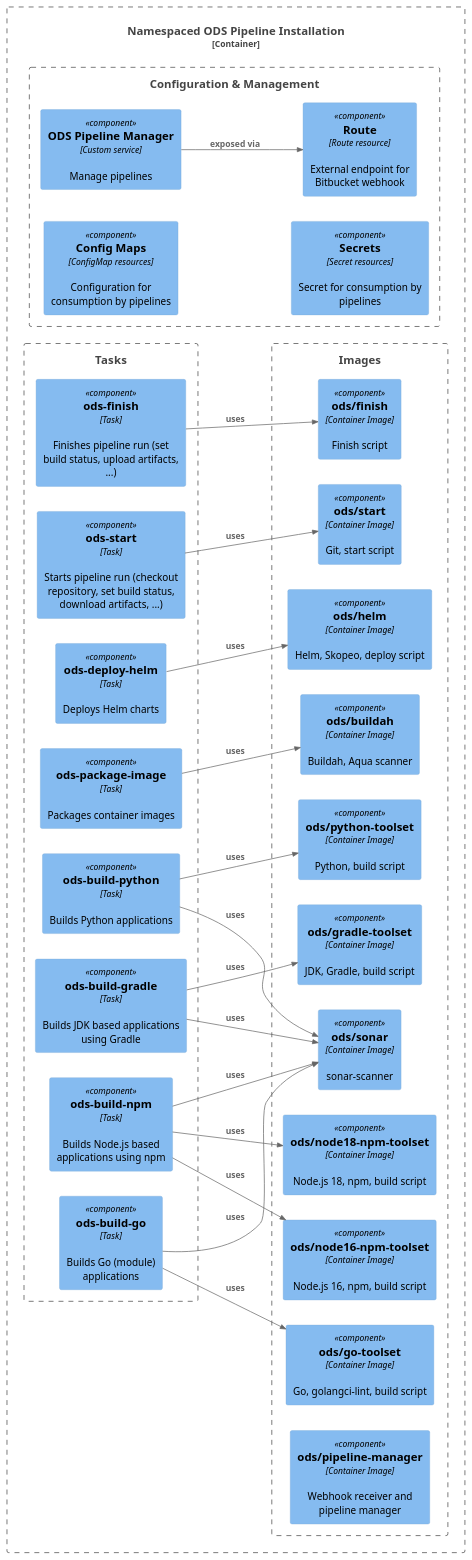
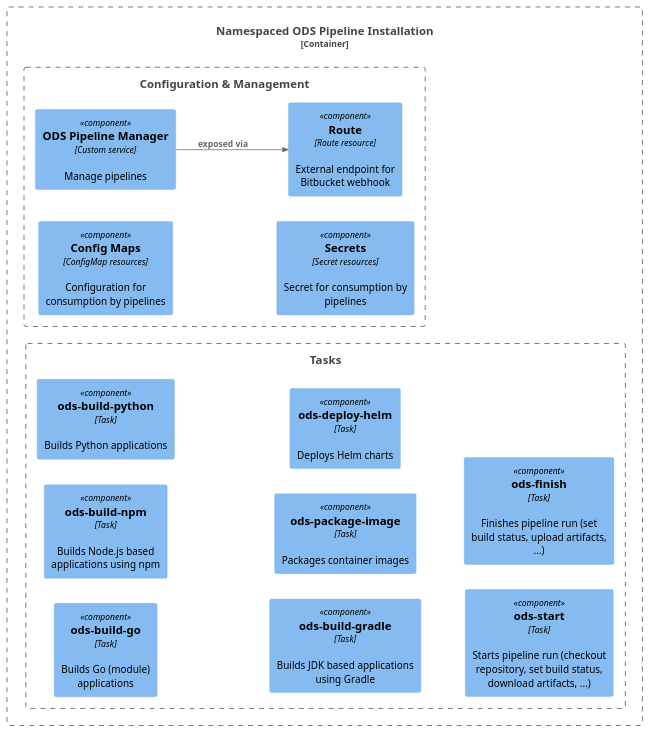
Before and after one commit to opendevstack/ods-pipeline: the diagram in docs/architecture/component-namespaced-installation.puml, drawn with PlantUML.

Commit message:
Update component-namespaced-installation.puml
[ci skip]

```diff
--- a/docs/architecture/component-namespaced-installation.puml
+++ b/docs/architecture/component-namespaced-installation.puml
@@ -1,70 +1,35 @@
 @startuml "namespaced-installation"
 !include https://raw.githubusercontent.com/plantuml-stdlib/C4-PlantUML/master/C4.puml
 !include https://raw.githubusercontent.com/plantuml-stdlib/C4-PlantUML/master/C4_Container.puml
 !include https://raw.githubusercontent.com/plantuml-stdlib/C4-PlantUML/master/C4_Component.puml
 ' uncomment the following line and comment the first to use locally
 ' !include C4_Container.puml
 
 LAYOUT_LEFT_RIGHT()
 
 Container_Boundary(c1, "Namespaced ODS Pipeline Installation"){
     Boundary(config, "Configuration & Management") {
         Component(route, "Route", "Route resource", "External endpoint for Bitbucket webhook")
         Component(ods_pipeline_manager, "ODS Pipeline Manager", "Custom service", "Manage pipelines")
         Component(config_maps, "Config Maps", "ConfigMap resources", "Configuration for consumption by pipelines")
         Component(secrets, "Secrets", "Secret resources", "Secret for consumption by pipelines")
     }
 
     Boundary(tasks, "Tasks") {
         Component(task_build_go, "ods-build-go", "Task", "Builds Go (module) applications")
         Component(task_build_npm, "ods-build-npm", "Task", "Builds Node.js based applications using npm")
         Component(task_build_python, "ods-build-python", "Task", "Builds Python applications")
         Component(task_build_gradle, "ods-build-gradle", "Task", "Builds JDK based applications using Gradle")
         Component(task_package_image, "ods-package-image", "Task", "Packages container images")
         Component(task_deploy_helm, "ods-deploy-helm", "Task", "Deploys Helm charts")
         Component(task_start, "ods-start", "Task", "Starts pipeline run (checkout repository, set build status, download artifacts, ...)")
         Component(task_finish, "ods-finish", "Task", "Finishes pipeline run (set build status, upload artifacts, ...)")
     }
 
-    Boundary(images, "Images") {
-        Component(image_go_toolset, "ods/go-toolset", "Container Image", "Go, golangci-lint, build script")
-        Component(image_node16_npm_toolset, "ods/node16-npm-toolset", "Container Image", "Node.js 16, npm, build script")
-        Component(image_node18_npm_toolset, "ods/node18-npm-toolset", "Container Image", "Node.js 18, npm, build script")
-        Component(image_python_toolset, "ods/python-toolset", "Container Image", "Python, build script")
-        Component(image_gradle_toolset, "ods/gradle-toolset", "Container Image", "JDK, Gradle, build script")
-        Component(image_buildah, "ods/buildah", "Container Image", "Buildah, Aqua scanner")
-        Component(image_helm, "ods/helm", "Container Image", "Helm, Skopeo, deploy script")
-        Component(image_start, "ods/start", "Container Image", "Git, start script")
-        Component(image_finish, "ods/finish", "Container Image", "Finish script")
-        Component(image_sonar, "ods/sonar", "Container Image", "sonar-scanner")
-        Component(image_pipeline_manager, "ods/pipeline-manager", "Container Image", "Webhook receiver and pipeline manager")
-    }
-
 }
-
-Rel(task_build_go, image_go_toolset, "uses")
-Rel(task_build_go, image_sonar, "uses")
-
-Rel(task_build_npm, image_node16_npm_toolset, "uses")
-Rel(task_build_npm, image_node18_npm_toolset, "uses")
-Rel(task_build_npm, image_sonar, "uses")
-
-Rel(task_build_python, image_python_toolset, "uses")
-Rel(task_build_python, image_sonar, "uses")
-
-Rel(task_build_gradle, image_gradle_toolset, "uses")
-Rel(task_build_gradle, image_sonar, "uses")
-
-Rel(task_package_image, image_buildah, "uses")
-
-Rel(task_deploy_helm, image_helm, "uses")
-
-Rel(task_start, image_start, "uses")
-
-Rel(task_finish, image_finish, "uses")
 
 Rel(ods_pipeline_manager, route, "exposed via")
 
 config_maps -[hidden]- secrets
 
 @enduml
```
